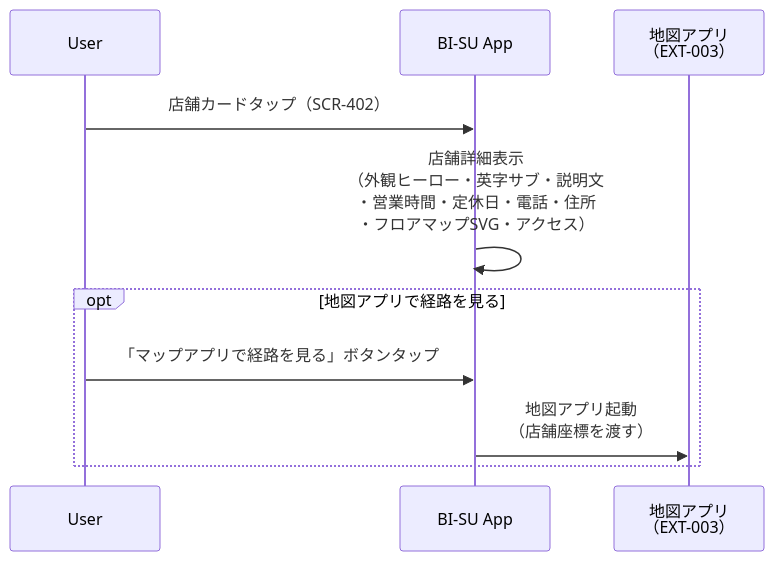
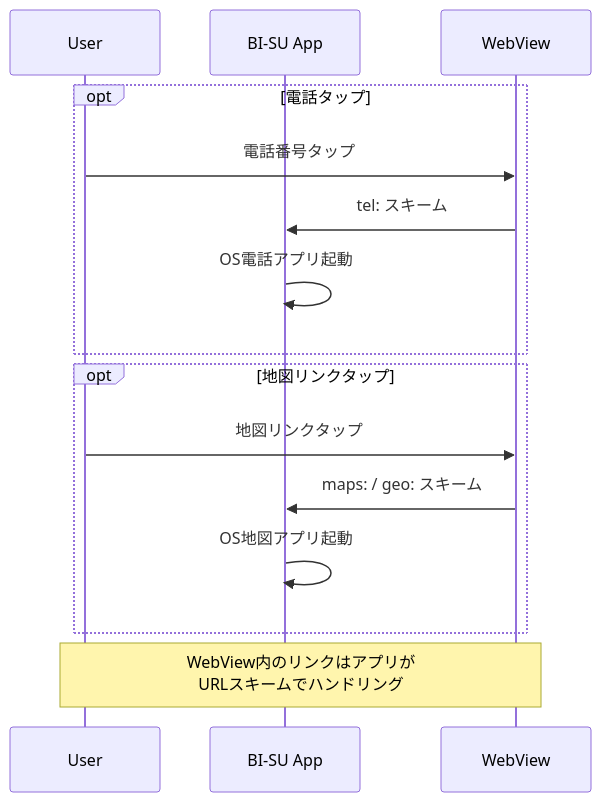
One commit to YukaHasebe/bi-su-app changed the ninth of 24 diagrams in docs/05_シーケンス図.md. Above: the diagram before and after it, drawn with Mermaid. The commit also changed other lines of this file and 7 other files, not shown here.

First line of the commit message:
docs: アーキテクチャ反映 — 認証=楽楽/データ=Snowflake/店舗=WebView/画像ソース/バーコード=顧客ID

````diff
--- a/docs/05_シーケンス図.md
+++ b/docs/05_シーケンス図.md
@@ -262,14 +239,20 @@
 ```mermaid
 sequenceDiagram
     participant U as User
     participant App as BI-SU App
-    participant ExtMap as 地図アプリ<br/>（EXT-003）
+    participant WV as WebView
 
-    U->>App: 店舗カードタップ（SCR-402）
-    App->>App: 店舗詳細表示<br/>（外観ヒーロー・英字サブ・説明文<br/>・営業時間・定休日・電話・住所<br/>・フロアマップSVG・アクセス）
+    opt 電話タップ
+        U->>WV: 電話番号タップ
+        WV->>App: tel: スキーム
+        App->>App: OS電話アプリ起動
+    end
 
-    opt 地図アプリで経路を見る
-        U->>App: 「マップアプリで経路を見る」ボタンタップ
-        App->>ExtMap: 地図アプリ起動<br/>（店舗座標を渡す）
+    opt 地図リンクタップ
+        U->>WV: 地図リンクタップ
+        WV->>App: maps: / geo: スキーム
+        App->>App: OS地図アプリ起動
     end
+
+    Note over U,WV: WebView内のリンクはアプリが<br/>URLスキームでハンドリング
 ```
````
